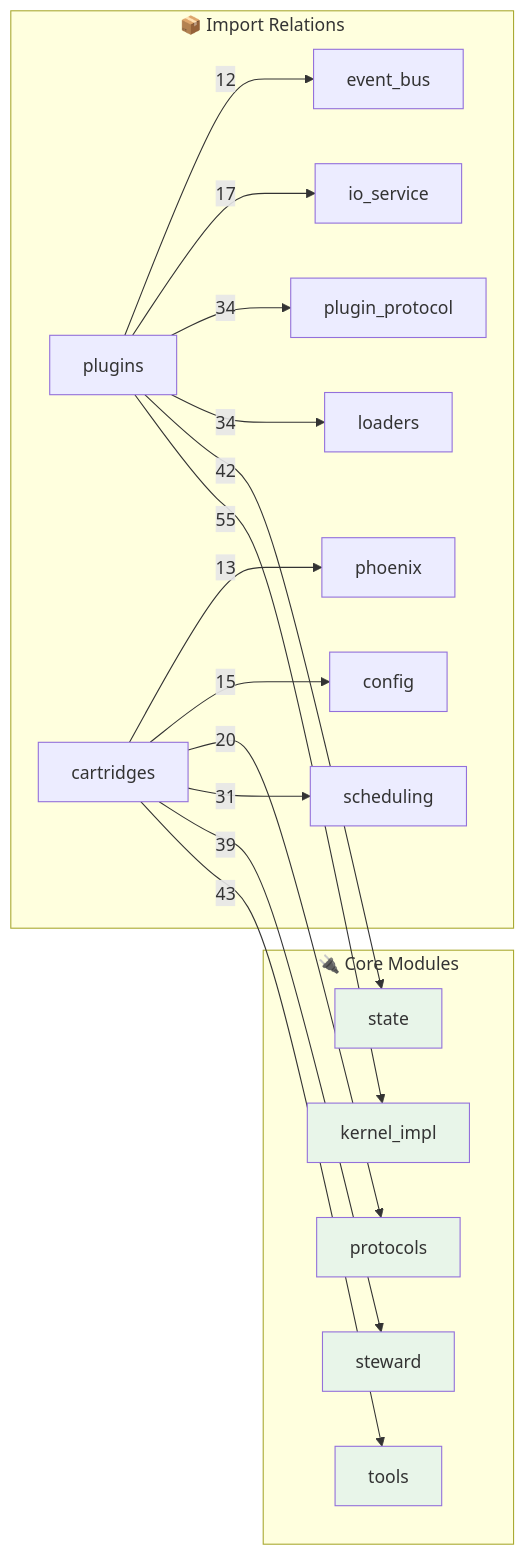
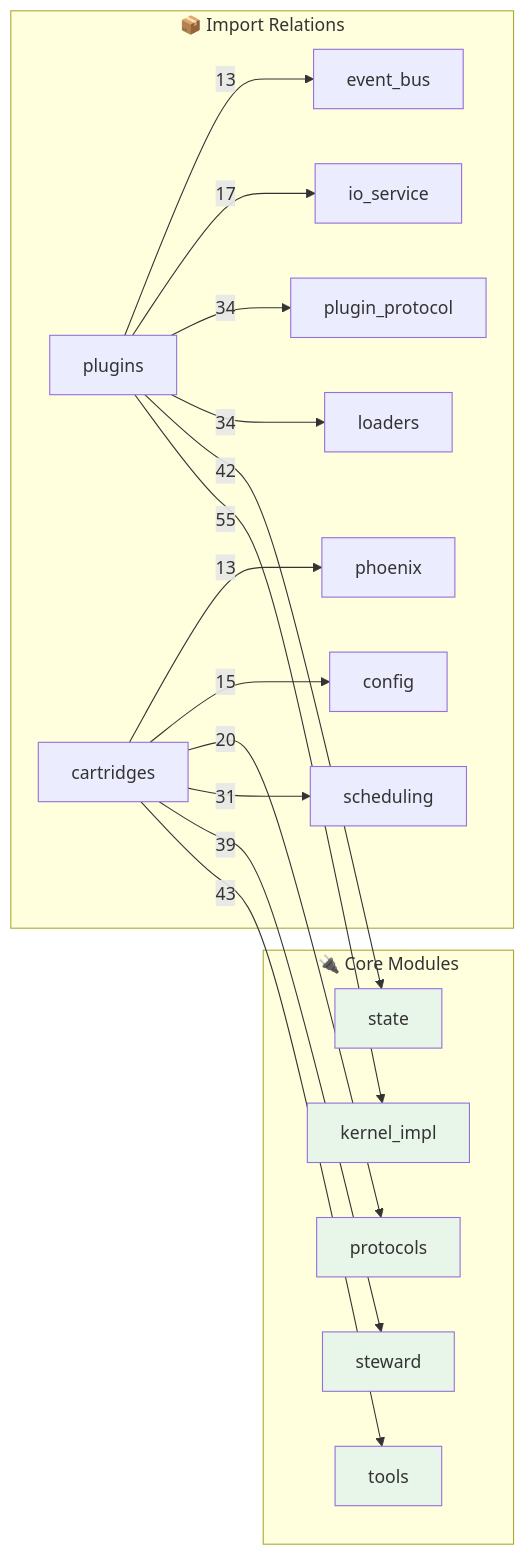
The second of 2 diagrams in OPUS.md (kimeisele/steward-protocol), drawn with Mermaid before and after one commit. The commit also changed other lines of this file and 16 other files, not shown here.

````diff
--- a/OPUS.md
+++ b/OPUS.md
@@ -680,31 +691,31 @@
 ```mermaid
 flowchart LR
     subgraph Core["🔌 Core Modules"]
         kernel_impl[kernel_impl]
         steward[steward]
         tools[tools]
         state[state]
         protocols[protocols]
     end
 
     subgraph Edges["📦 Import Relations"]
         plugins -->|55| kernel_impl
         cartridges -->|43| tools
         plugins -->|42| state
         cartridges -->|39| steward
         plugins -->|34| loaders
         plugins -->|34| plugin_protocol
         cartridges -->|31| scheduling
         cartridges -->|20| protocols
         plugins -->|17| io_service
         cartridges -->|15| config
         cartridges -->|13| phoenix
-        plugins -->|12| event_bus
+        plugins -->|13| event_bus
     end
 
     style kernel_impl fill:#e8f5e9
     style steward fill:#e8f5e9
     style tools fill:#e8f5e9
     style state fill:#e8f5e9
     style protocols fill:#e8f5e9
 ```
````
